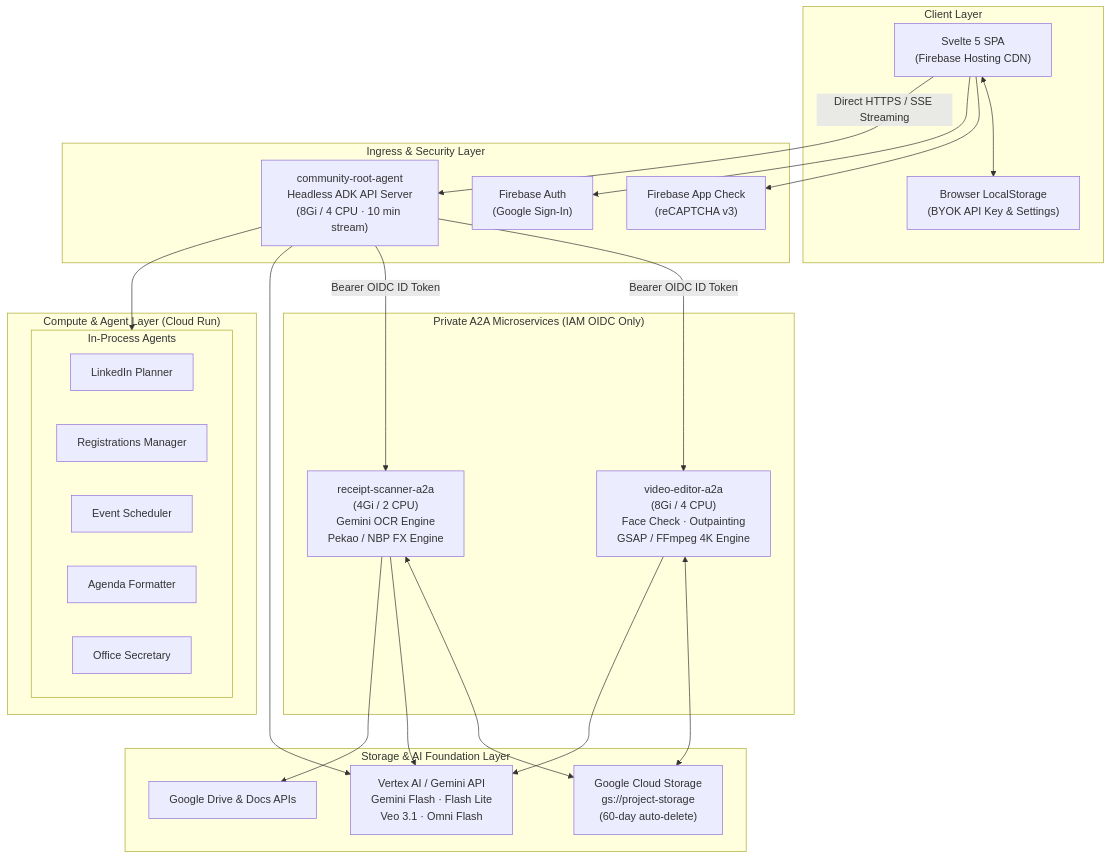
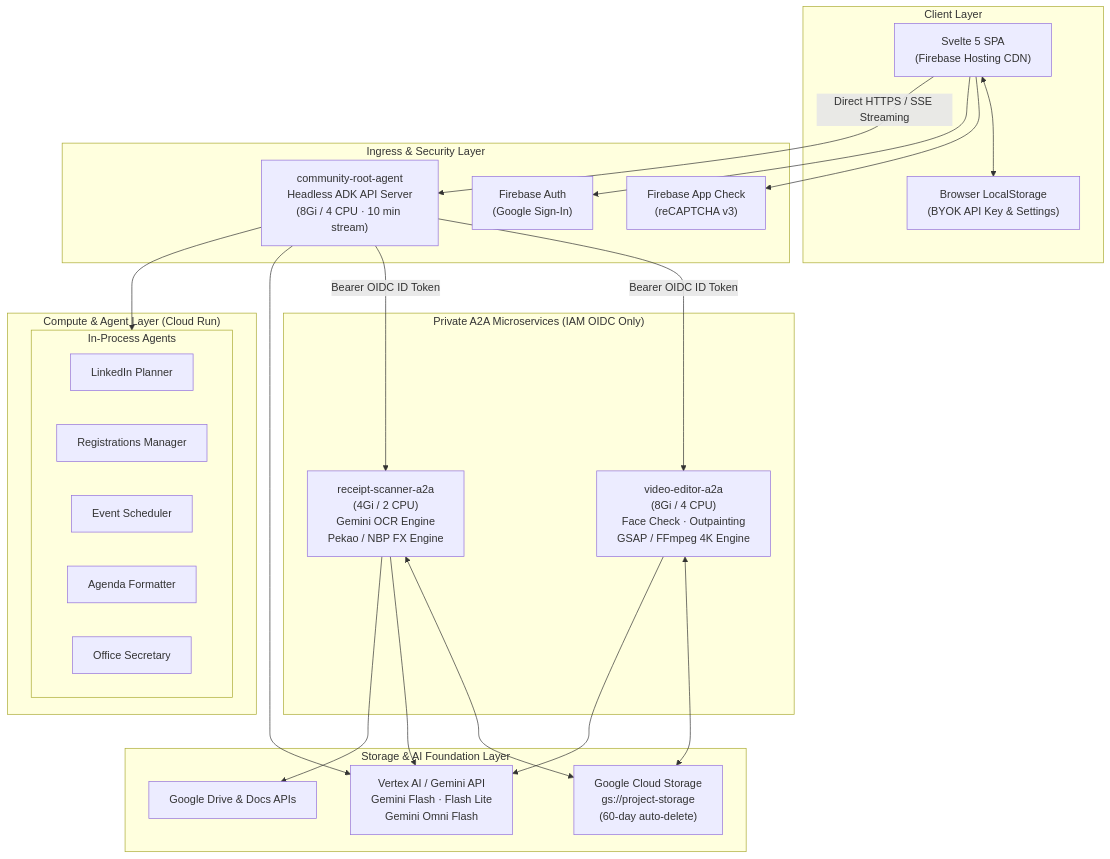
Before and after one commit to aplachykau-git/gdg_agents: the first of 7 diagrams in docs/SOLUTION_ARCHITECTURE.md, drawn with Mermaid. The commit also changed other lines of this file and 22 other files, not shown here.

````diff
--- a/docs/SOLUTION_ARCHITECTURE.md
+++ b/docs/SOLUTION_ARCHITECTURE.md
@@ -28,52 +28,52 @@
 ```mermaid
 flowchart TD
     subgraph CLIENT["Client Layer"]
         Browser["Svelte 5 SPA\n(Firebase Hosting CDN)"]
         LocalStorage["Browser LocalStorage\n(BYOK API Key & Settings)"]
         Browser <--> LocalStorage
     end
 
     subgraph SECURITY["Ingress & Security Layer"]
         AppCheck["Firebase App Check\n(reCAPTCHA v3)"]
         FirebaseAuth["Firebase Auth\n(Google Sign-In)"]
         Browser --> AppCheck
         Browser --> FirebaseAuth
         Browser -->|Direct HTTPS / SSE Streaming| RootAgent
     end
 
     subgraph COMPUTE["Compute & Agent Layer (Cloud Run)"]
         RootAgent["community-root-agent\nHeadless ADK API Server\n(8Gi / 4 CPU · 10 min stream)"]
 
 
         subgraph INPROCESS["In-Process Agents"]
             LinkedIn["LinkedIn Planner"]
             RegManager["Registrations Manager"]
             Planner["Event Scheduler"]
             Agenda["Agenda Formatter"]
             Secretary["Office Secretary"]
         end
 
         RootAgent --> INPROCESS
     end
 
     subgraph PRIVATE_A2A["Private A2A Microservices (IAM OIDC Only)"]
         VideoAgent["video-editor-a2a\n(8Gi / 4 CPU)\nFace Check · Outpainting\nGSAP / FFmpeg 4K Engine"]
         ReceiptAgent["receipt-scanner-a2a\n(4Gi / 2 CPU)\nGemini OCR Engine\nPekao / NBP FX Engine"]
 
         RootAgent -->|Bearer OIDC ID Token| VideoAgent
         RootAgent -->|Bearer OIDC ID Token| ReceiptAgent
     end
 
     subgraph STORAGE["Storage & AI Foundation Layer"]
         GCS["Google Cloud Storage\ngs://project-storage\n(60-day auto-delete)"]
-        VertexAI["Vertex AI / Gemini API\nGemini Flash · Flash Lite\nVeo 3.1 · Omni Flash"]
+        VertexAI["Vertex AI / Gemini API\nGemini Flash · Flash Lite\nGemini Omni Flash"]
         GSuite["Google Drive & Docs APIs"]
 
         RootAgent --> VertexAI
         VideoAgent <--> GCS
         VideoAgent --> VertexAI
         ReceiptAgent <--> GCS
         ReceiptAgent --> VertexAI
         ReceiptAgent --> GSuite
     end
 ```
````
